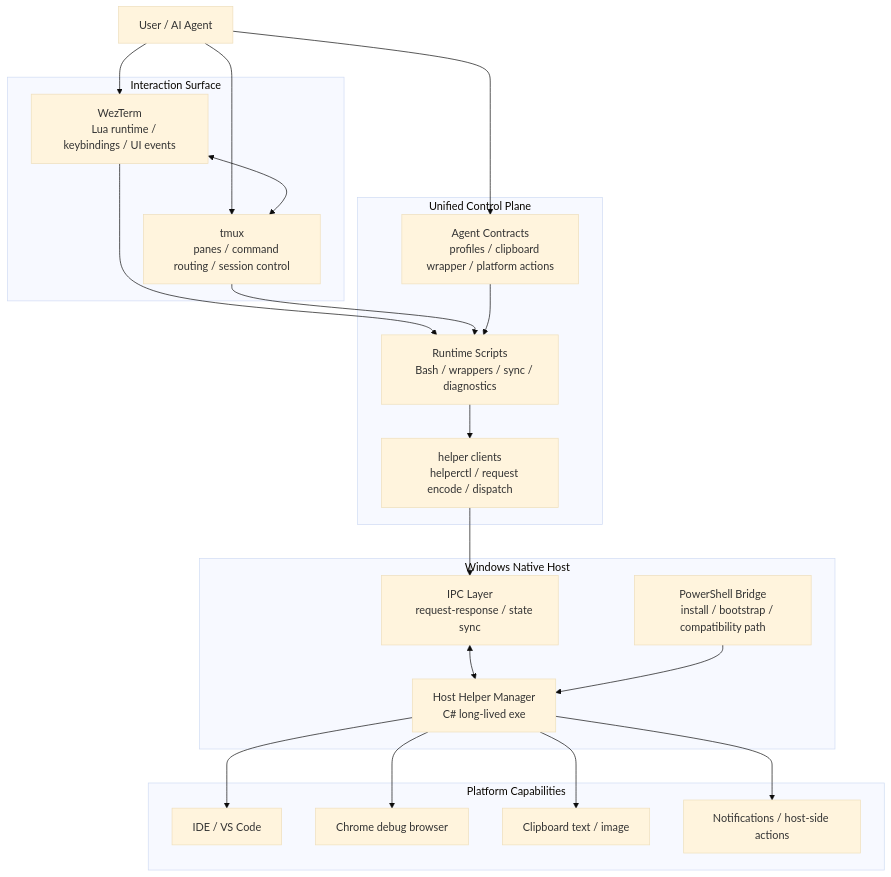
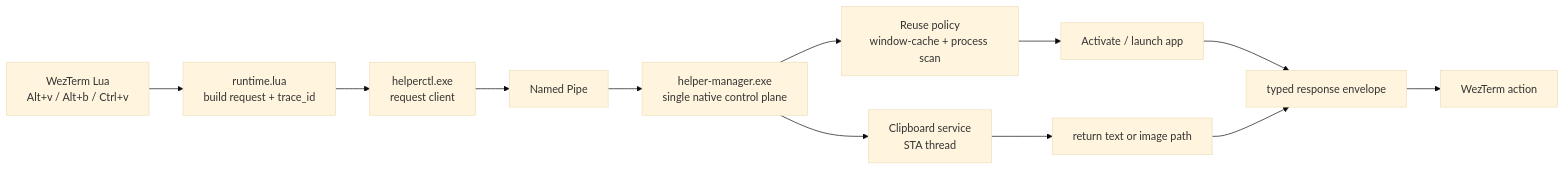
Before and after one commit to yunsii/wezdeck: the fourth of 4 diagrams in docs/presentations/ai-workspace-sharing-outline.md, drawn with Mermaid (base theme). The commit also changed other lines of this file and 4 other files, not shown here.

First line of the commit message:
docs(presentations): rebrand to WezDeck, give each article a single purpose

````diff
--- a/docs/presentations/ai-workspace-sharing-outline.md
+++ b/docs/presentations/ai-workspace-sharing-outline.md
@@ -60,52 +168,14 @@
 ```mermaid
-flowchart TB
-  U["User / AI Agent"]
-
-  subgraph Interaction["Interaction Surface"]
-    WT["WezTerm
-    Lua runtime / keybindings / UI events"]
-    TMUX["tmux
-    panes / command routing / session control"]
-  end
-
-  subgraph Control["Unified Control Plane"]
-    RT["Runtime Scripts
-    Bash / wrappers / sync / diagnostics"]
-    HC["helper clients
-    helperctl / request encode / dispatch"]
-    AG["Agent Contracts
-    profiles / clipboard wrapper / platform actions"]
-  end
-
-  subgraph Windows["Windows Native Host"]
-    HM["Host Helper Manager
-    C# long-lived exe"]
-    IPC["IPC Layer
-    request-response / state sync"]
-    PS["PowerShell Bridge
-    install / bootstrap / compatibility path"]
-  end
-
-  subgraph Targets["Platform Capabilities"]
-    IDE["IDE / VS Code"]
-    CHROME["Chrome debug browser"]
-    CLIP["Clipboard text / image"]
-    HOST["Notifications / host-side actions"]
-  end
-
-  U --> WT
-  U --> TMUX
-  U --> AG
-  WT <--> TMUX
-  WT --> RT
-  TMUX --> RT
-  AG --> RT
-  RT --> HC
-  HC --> IPC
-  IPC <--> HM
-  PS --> HM
-  HM --> IDE
-  HM --> CHROME
-  HM --> CLIP
-  HM --> HOST
+flowchart LR
+  A["WezTerm Lua<br/>Alt+v / Alt+b / Ctrl+v"] --> B["runtime.lua<br/>build request + trace_id"]
+  B --> C["helperctl.exe<br/>request client"]
+  C --> D["Named Pipe"]
+  D --> E["helper-manager.exe<br/>single native control plane"]
+  E --> F["Reuse policy<br/>window-cache + process scan"]
+  E --> G["Clipboard service<br/>STA thread"]
+  F --> H["Activate / launch app"]
+  G --> I["return text or image path"]
+  H --> J["typed response envelope"]
+  I --> J
+  J --> K["WezTerm action"]
 ```
````
